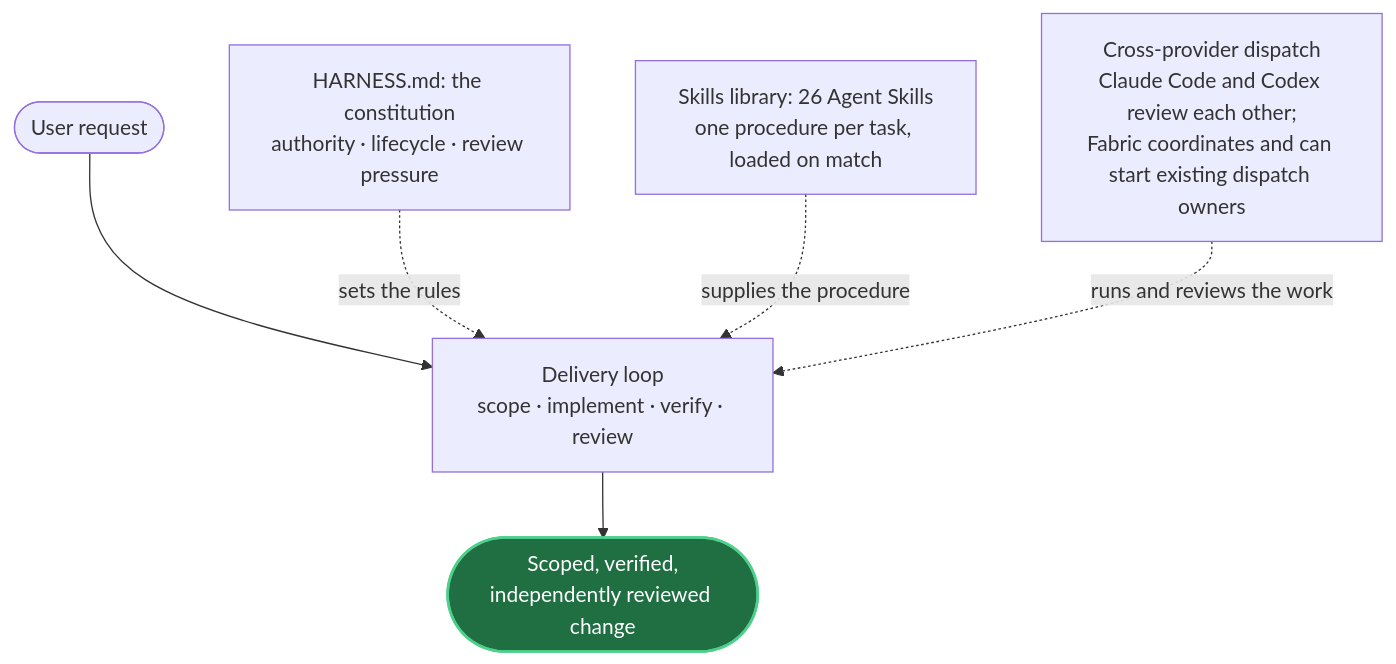
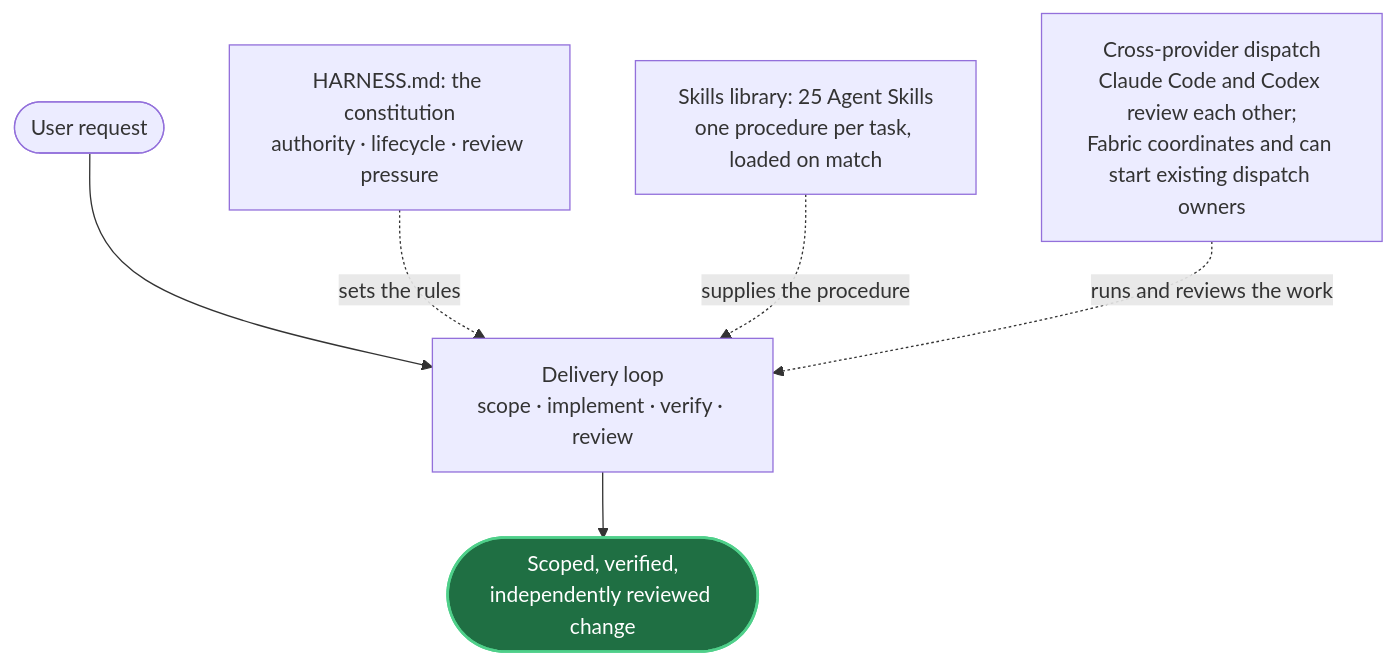
One commit to mblauberg/provenant changed the first of 2 diagrams in README.md. Above: the diagram before and after it, drawn with Mermaid. The commit also changed other lines of this file and 29 other files, not shown here.

````diff
--- a/README.md
+++ b/README.md
@@ -37,12 +37,12 @@
 ```mermaid
 flowchart TB
     accTitle: The three parts and the delivery loop they serve
     accDescr: A user request enters the delivery loop, which runs scope, implement, verify and review, and produces a scoped, verified, independently reviewed change. Three parts act on that loop concurrently rather than in sequence. HARNESS.md, the constitution, sets the rules: authority, lifecycle and review pressure. The skills library supplies the procedure, one SKILL.md per task loaded when the task matches. Cross-provider dispatch runs and reviews the work, with Claude Code and Codex as primaries reviewing each other and Fabric providing messages, tasks, activity and a thin front door to the existing dispatch owners.
     U(["User request"]) --> LOOP["Delivery loop<br/>scope · implement · verify · review"]
     LOOP --> OUT(["Scoped, verified,<br/>independently reviewed change"])
     H["HARNESS.md: the constitution<br/>authority · lifecycle · review pressure"] -. "sets the rules" .-> LOOP
-    SK["Skills library: 26 Agent Skills<br/>one procedure per task, loaded on match"] -. "supplies the procedure" .-> LOOP
+    SK["Skills library: 25 Agent Skills<br/>one procedure per task, loaded on match"] -. "supplies the procedure" .-> LOOP
     F["Cross-provider dispatch<br/>Claude Code and Codex review each other;<br/>Fabric coordinates and can start existing dispatch owners"] -. "runs and reviews the work" .-> LOOP
     classDef out fill:#1f6f43,stroke:#4fd08a,color:#ffffff,stroke-width:2px
     class OUT out
 ```
````
